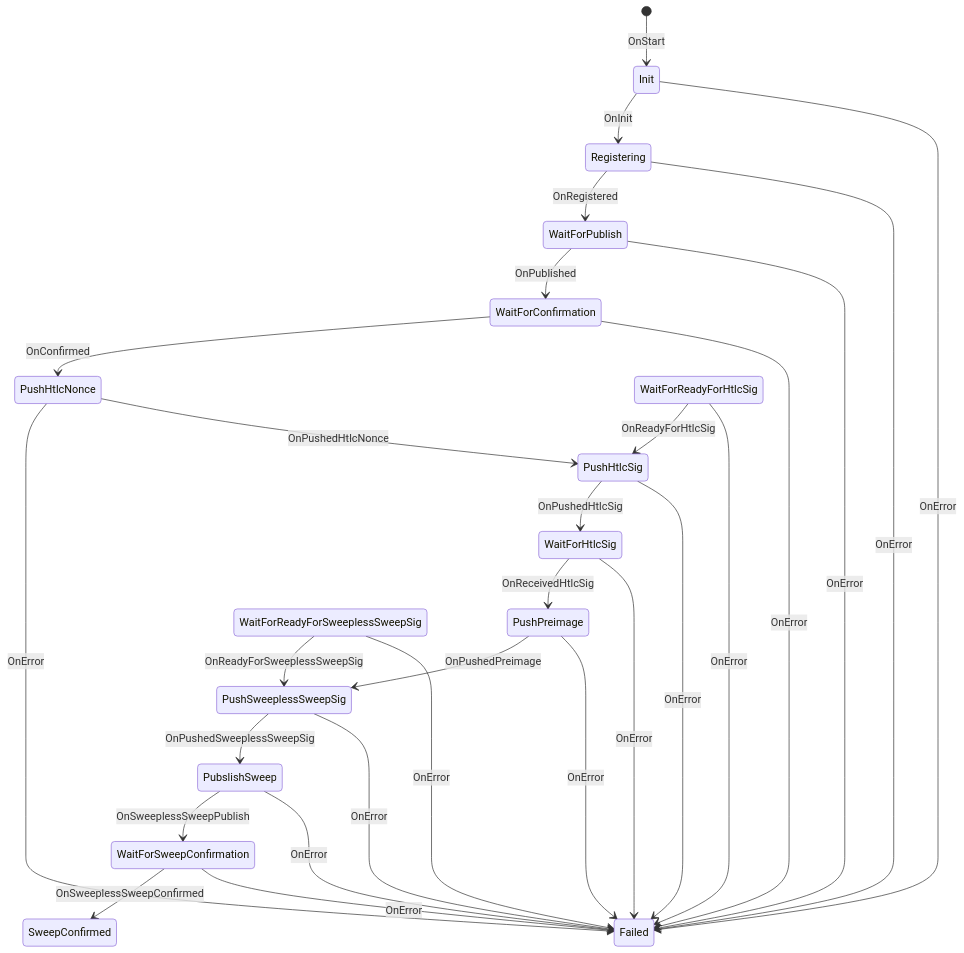
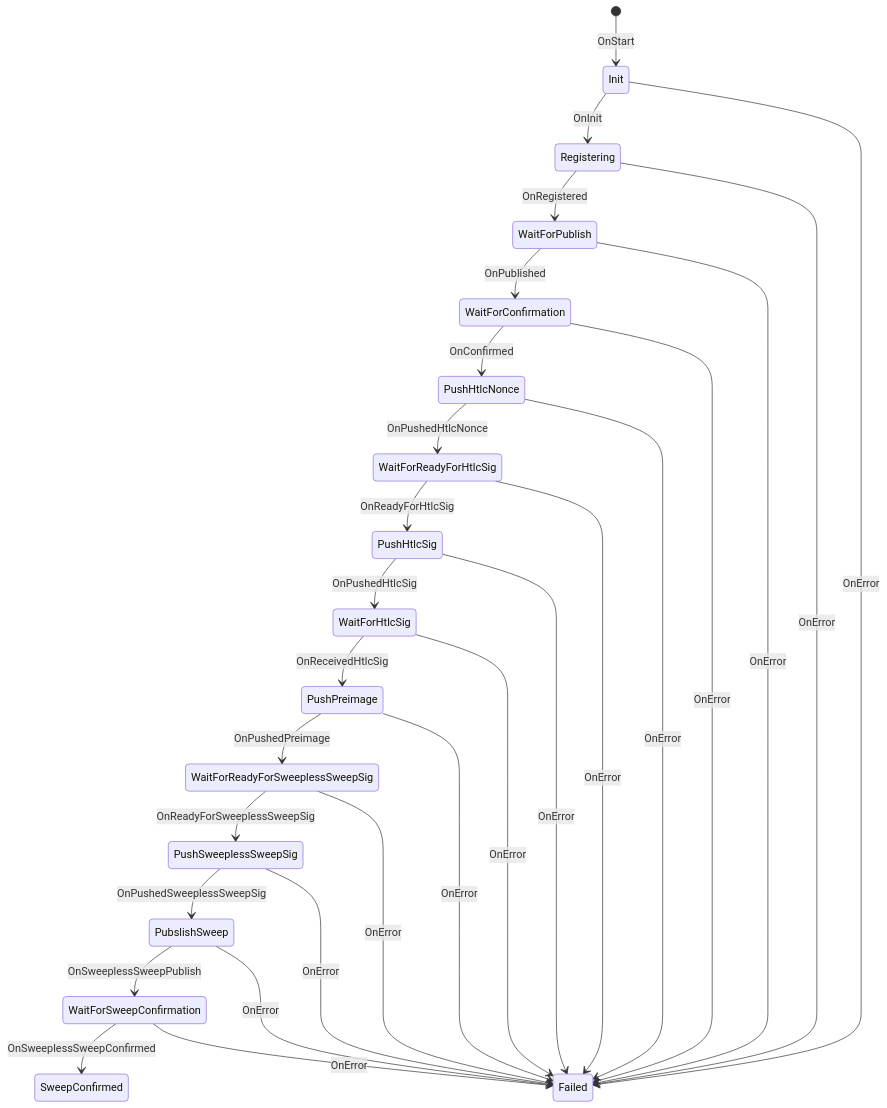
The diagram in hyperloop/fsm.md (sputn1ck/loop), drawn with Mermaid before and after one commit. The commit also changed 6 other files, not shown here.

````diff
--- a/hyperloop/fsm.md
+++ b/hyperloop/fsm.md
@@ -1,45 +1,45 @@
 ```mermaid
 stateDiagram-v2
 [*] --> Init: OnStart
 Failed
 Init
 Init --> Registering: OnInit
 Init --> Failed: OnError
 PubslishSweep
 PubslishSweep --> WaitForSweepConfirmation: OnSweeplessSweepPublish
 PubslishSweep --> Failed: OnError
 PushHtlcNonce
+PushHtlcNonce --> WaitForReadyForHtlcSig: OnPushedHtlcNonce
 PushHtlcNonce --> Failed: OnError
-PushHtlcNonce --> PushHtlcSig: OnPushedHtlcNonce
 PushHtlcSig
 PushHtlcSig --> WaitForHtlcSig: OnPushedHtlcSig
 PushHtlcSig --> Failed: OnError
 PushPreimage
-PushPreimage --> PushSweeplessSweepSig: OnPushedPreimage
+PushPreimage --> WaitForReadyForSweeplessSweepSig: OnPushedPreimage
 PushPreimage --> Failed: OnError
 PushSweeplessSweepSig
 PushSweeplessSweepSig --> PubslishSweep: OnPushedSweeplessSweepSig
 PushSweeplessSweepSig --> Failed: OnError
 Registering
 Registering --> WaitForPublish: OnRegistered
 Registering --> Failed: OnError
 SweepConfirmed
 WaitForConfirmation
 WaitForConfirmation --> PushHtlcNonce: OnConfirmed
 WaitForConfirmation --> Failed: OnError
 WaitForHtlcSig
 WaitForHtlcSig --> PushPreimage: OnReceivedHtlcSig
 WaitForHtlcSig --> Failed: OnError
 WaitForPublish
 WaitForPublish --> WaitForConfirmation: OnPublished
 WaitForPublish --> Failed: OnError
 WaitForReadyForHtlcSig
 WaitForReadyForHtlcSig --> PushHtlcSig: OnReadyForHtlcSig
 WaitForReadyForHtlcSig --> Failed: OnError
 WaitForReadyForSweeplessSweepSig
 WaitForReadyForSweeplessSweepSig --> PushSweeplessSweepSig: OnReadyForSweeplessSweepSig
 WaitForReadyForSweeplessSweepSig --> Failed: OnError
 WaitForSweepConfirmation
 WaitForSweepConfirmation --> SweepConfirmed: OnSweeplessSweepConfirmed
 WaitForSweepConfirmation --> Failed: OnError
 ```
````
